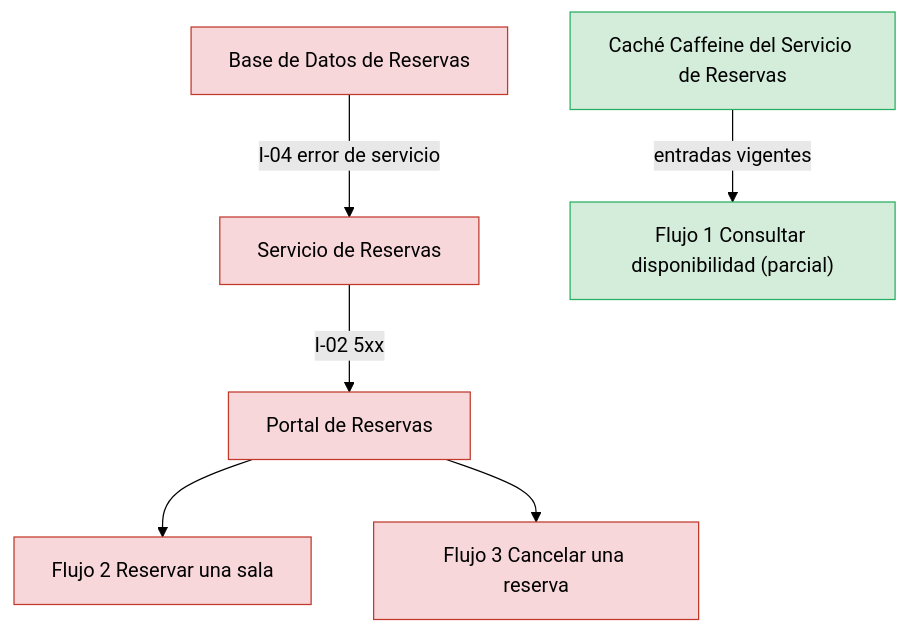
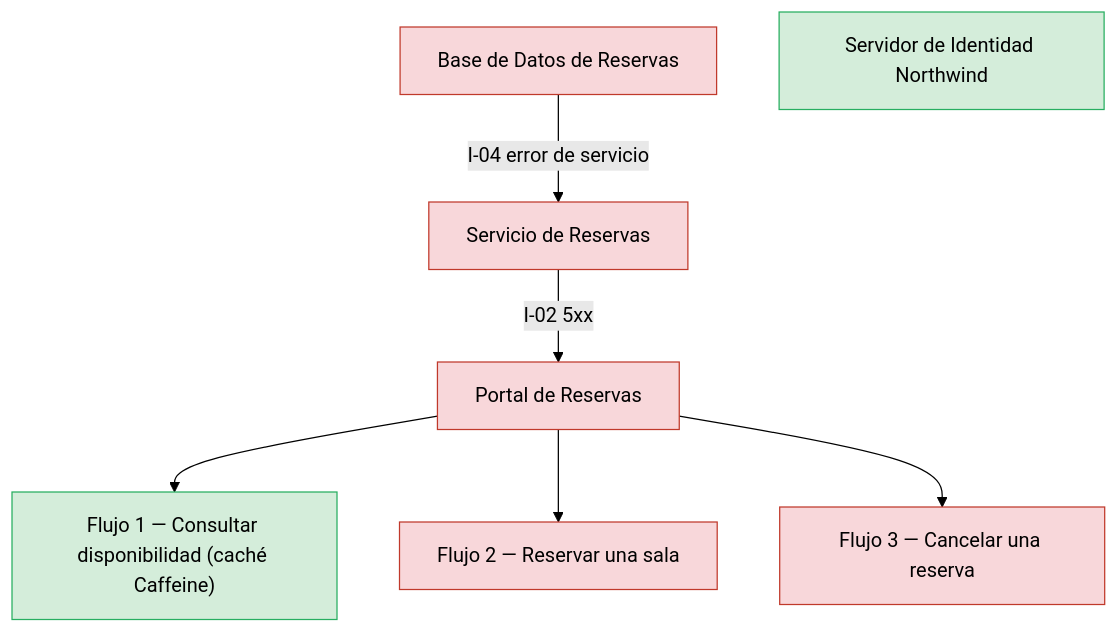
One commit to shadowX4fox/northwind-reservas changed the second of 3 diagrams in analysis/BLAST-RADIUS-2026-11-03.md. Above: the diagram before and after it, drawn with Mermaid (forest theme). The commit also changed other lines of this file and 7 other files, not shown here.

````diff
--- a/analysis/BLAST-RADIUS-2026-11-03.md
+++ b/analysis/BLAST-RADIUS-2026-11-03.md
@@ -61,17 +60,17 @@
 ```mermaid
 flowchart TB
-  DB["Base de Datos de Reservas"]:::cascading
-  SVC["Servicio de Reservas"]:::cascading
-  CACHE["Caché Caffeine del Servicio de Reservas"]:::contained
-  PORTAL["Portal de Reservas"]:::cascading
-  F1["Flujo 1 Consultar disponibilidad (parcial)"]:::contained
-  F2["Flujo 2 Reservar una sala"]:::cascading
-  F3["Flujo 3 Cancelar una reserva"]:::cascading
-  DB -->|I-04 error de servicio| SVC
-  SVC -->|I-02 5xx| PORTAL
-  CACHE -->|entradas vigentes| F1
-  PORTAL --> F2
-  PORTAL --> F3
+  BD["Base de Datos de Reservas"]:::cascading
+  SRV["Servicio de Reservas"]:::cascading
+  POR["Portal de Reservas"]:::cascading
+  F1["Flujo 1 — Consultar disponibilidad (caché Caffeine)"]:::contained
+  F2["Flujo 2 — Reservar una sala"]:::cascading
+  F3["Flujo 3 — Cancelar una reserva"]:::cascading
+  IDP["Servidor de Identidad Northwind"]:::contained
+  BD -->|I-04 error de servicio| SRV
+  SRV -->|I-02 5xx| POR
+  POR --> F1
+  POR --> F2
+  POR --> F3
   classDef cascading fill:#f8d7da,stroke:#c0392b,color:#000
   classDef contained fill:#d4edda,stroke:#27ae60,color:#000
 ```
````
